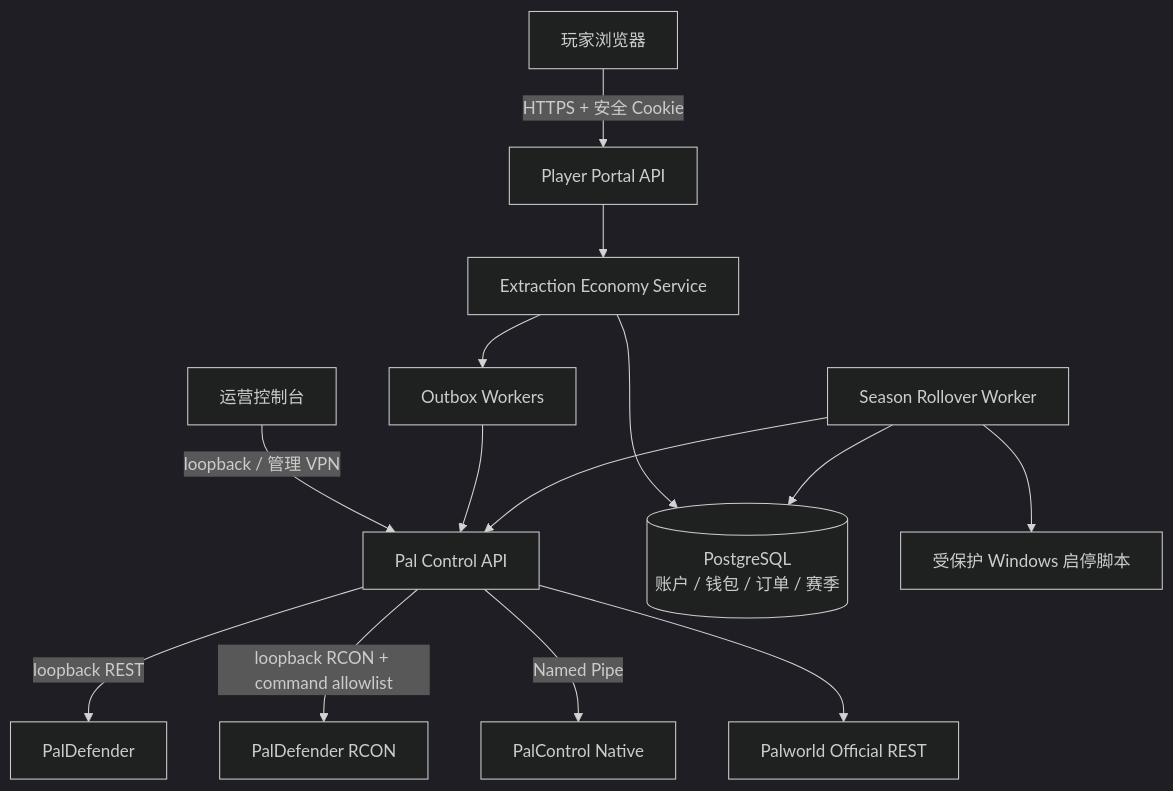
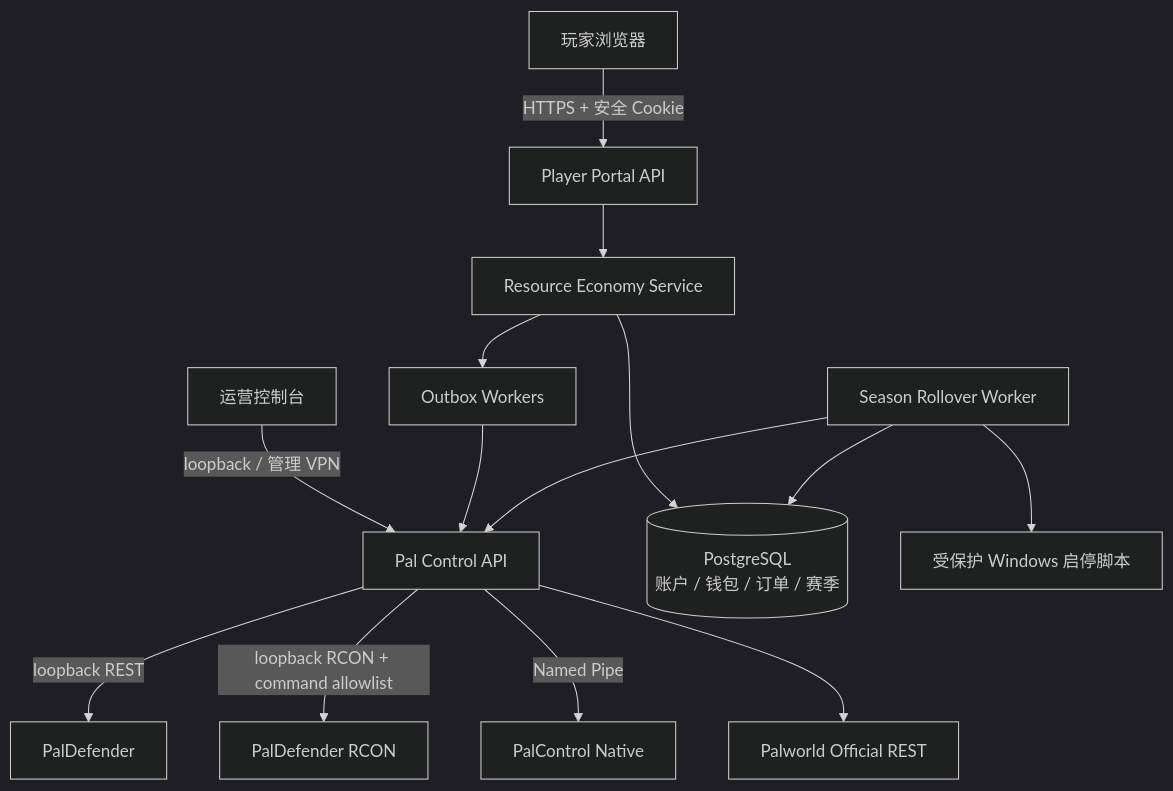
Before and after one commit to newonei/pal-control: the second of 2 diagrams in extraction-mode/docs/00-MVP玩法与架构.md, drawn with Mermaid (dark theme). The commit also changed other lines of this file and 47 other files, not shown here.

Commit message:
feat: adopt weekly resource economy model

````diff
--- a/extraction-mode/docs/00-MVP玩法与架构.md
+++ b/extraction-mode/docs/00-MVP玩法与架构.md
@@ -100,16 +101,16 @@
 ```mermaid
 flowchart TB
     Player["玩家浏览器"] -->|"HTTPS + 安全 Cookie"| Portal["Player Portal API"]
     Operator["运营控制台"] -->|"loopback / 管理 VPN"| Control["Pal Control API"]
-    Portal --> Economy["Extraction Economy Service"]
+    Portal --> Economy["Resource Economy Service"]
     Economy --> PG[("PostgreSQL\n账户 / 钱包 / 订单 / 赛季")]
     Economy --> Outbox["Outbox Workers"]
     Outbox --> Control
     Control -->|"loopback REST"| PD["PalDefender"]
     Control -->|"loopback RCON + command allowlist"| RCON["PalDefender RCON"]
     Control -->|"Named Pipe"| Native["PalControl Native"]
     Control --> Official["Palworld Official REST"]
     Rollover["Season Rollover Worker"] --> PG
     Rollover --> Control
     Rollover --> Launcher["受保护 Windows 启停脚本"]
 ```
````
